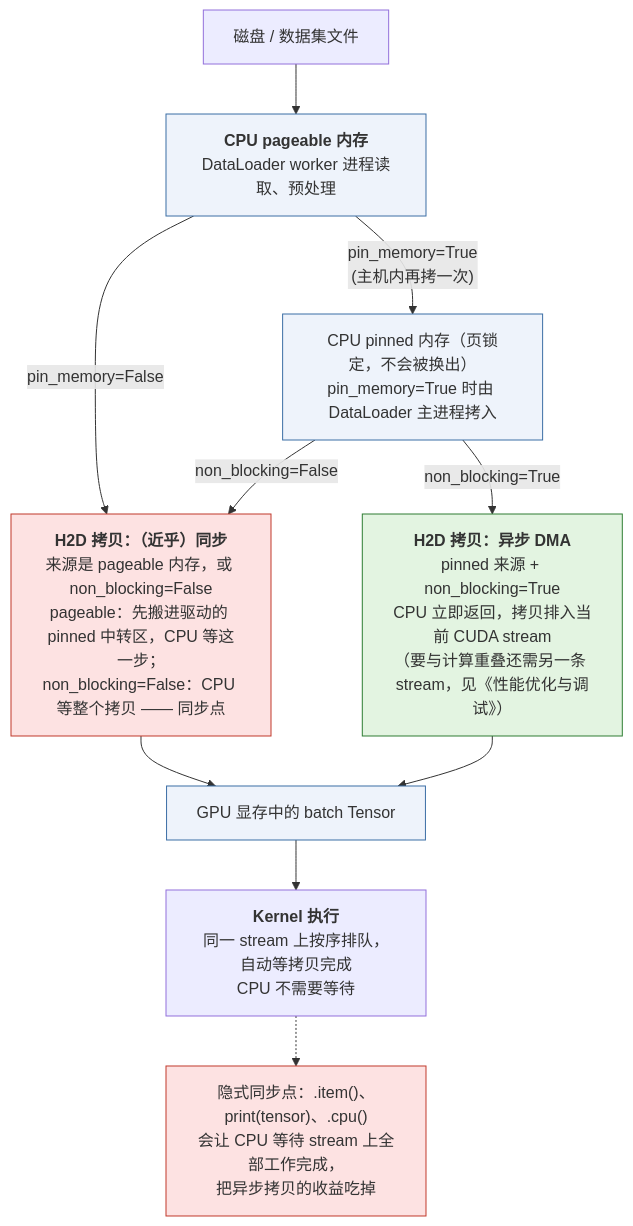
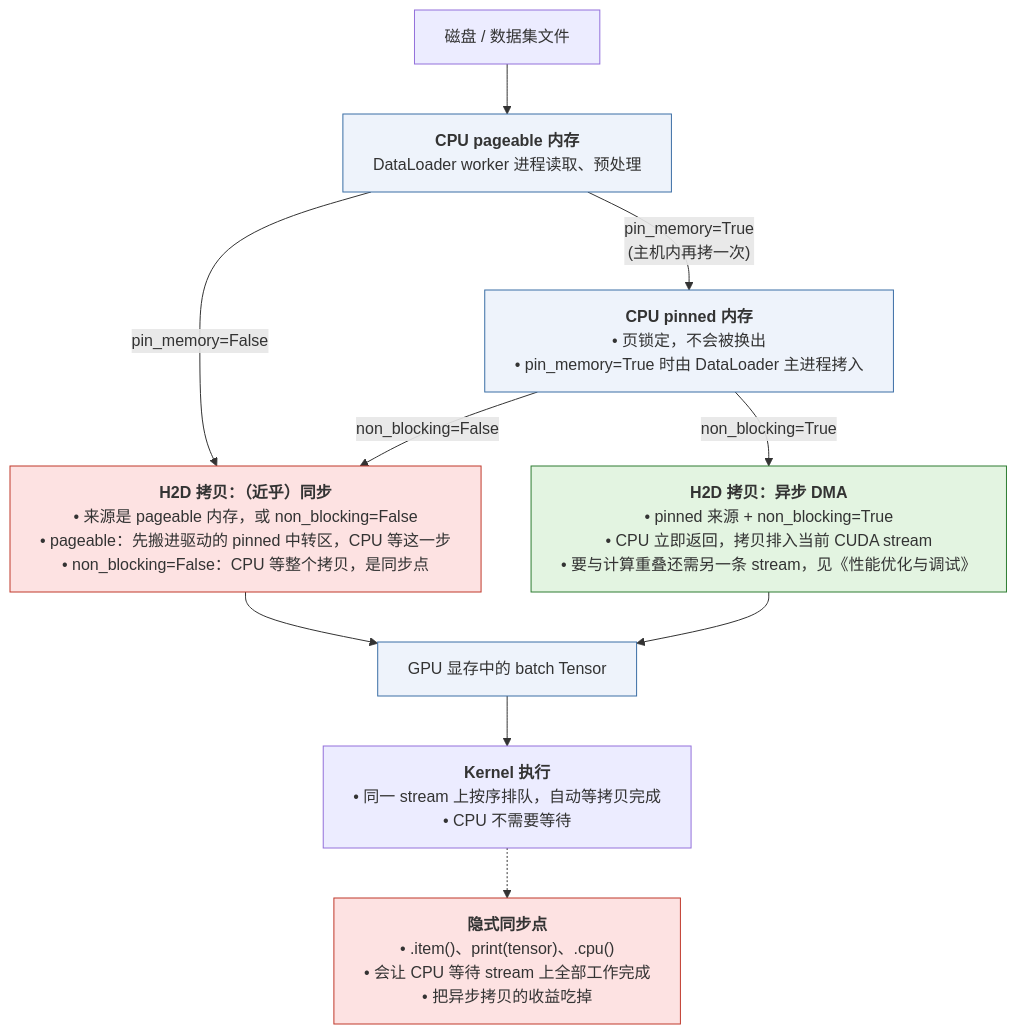
One commit to arganzheng/arganzheng.github.com changed the fourth of 6 diagrams in _posts/2026-02-18-pytorch-tensor-and-memory-layout.md. Above: the diagram before and after it, drawn with Mermaid. The commit also changed other lines of this file and 9 other files, not shown here.

First line of the commit message:
PyTorch 系列其余 9 篇：流程图方框改成「标题 + 列表」

````diff
--- a/_posts/2026-02-18-pytorch-tensor-and-memory-layout.md
+++ b/_posts/2026-02-18-pytorch-tensor-and-memory-layout.md
@@ -947,29 +948,30 @@
 ```mermaid
+%%{init: {"flowchart": {"wrappingWidth": 440}}}%%
 %% 图：CPU 到 GPU 的数据搬运：pin_memory 与 non_blocking 决定 H2D 拷贝是同步点还是异步 DMA
 flowchart TB
     DISK["磁盘 / 数据集文件"]
     PAGE["<b>CPU pageable 内存</b><br/>DataLoader worker 进程读取、预处理"]
-    PIN["CPU pinned 内存（页锁定，不会被换出）<br/>pin_memory=True 时由 DataLoader 主进程拷入"]
-    H2D_SYNC["<b>H2D 拷贝：（近乎）同步</b><br/>来源是 pageable 内存，或 non_blocking=False<br/>pageable：先搬进驱动的 pinned 中转区，CPU 等这一步；<br/>non_blocking=False：CPU 等整个拷贝 —— 同步点"]
-    H2D_ASYNC["<b>H2D 拷贝：异步 DMA</b><br/>pinned 来源 + non_blocking=True<br/>CPU 立即返回，拷贝排入当前 CUDA stream<br/>（要与计算重叠还需另一条 stream，见《性能优化与调试》）"]
+    PIN["<b>CPU pinned 内存</b><br/>• 页锁定，不会被换出<br/>• pin_memory=True 时由 DataLoader 主进程拷入"]
+    H2D_SYNC["<b>H2D 拷贝：（近乎）同步</b><br/>• 来源是 pageable 内存，或 non_blocking=False<br/>• pageable：先搬进驱动的 pinned 中转区，CPU 等这一步<br/>• non_blocking=False：CPU 等整个拷贝，是同步点"]
+    H2D_ASYNC["<b>H2D 拷贝：异步 DMA</b><br/>• pinned 来源 + non_blocking=True<br/>• CPU 立即返回，拷贝排入当前 CUDA stream<br/>• 要与计算重叠还需另一条 stream，见《性能优化与调试》"]
     GPU["GPU 显存中的 batch Tensor"]
-    KERNEL["<b>Kernel 执行</b><br/>同一 stream 上按序排队，自动等拷贝完成<br/>CPU 不需要等待"]
-    IMPLICIT["隐式同步点：.item()、print(tensor)、.cpu()<br/>会让 CPU 等待 stream 上全部工作完成，<br/>把异步拷贝的收益吃掉"]
+    KERNEL["<b>Kernel 执行</b><br/>• 同一 stream 上按序排队，自动等拷贝完成<br/>• CPU 不需要等待"]
+    IMPLICIT["<b>隐式同步点</b><br/>• .item()、print(tensor)、.cpu()<br/>• 会让 CPU 等待 stream 上全部工作完成<br/>• 把异步拷贝的收益吃掉"]
 
     DISK --> PAGE
     PAGE -->|"pin_memory=True<br/>(主机内再拷一次)"| PIN
     PAGE -->|"pin_memory=False"| H2D_SYNC
     PIN -->|"non_blocking=False"| H2D_SYNC
     PIN -->|"non_blocking=True"| H2D_ASYNC
     H2D_SYNC --> GPU
     H2D_ASYNC --> GPU
     GPU --> KERNEL
     KERNEL -.-> IMPLICIT
 
     classDef sync fill:#fde2e2,stroke:#c0392b;
     classDef async fill:#e3f4e1,stroke:#2e7d32;
     classDef mem fill:#eef3fb,stroke:#3b6ea5;
     class H2D_SYNC,IMPLICIT sync;
     class H2D_ASYNC async;
     class PAGE,PIN,GPU mem;
 ```
````
